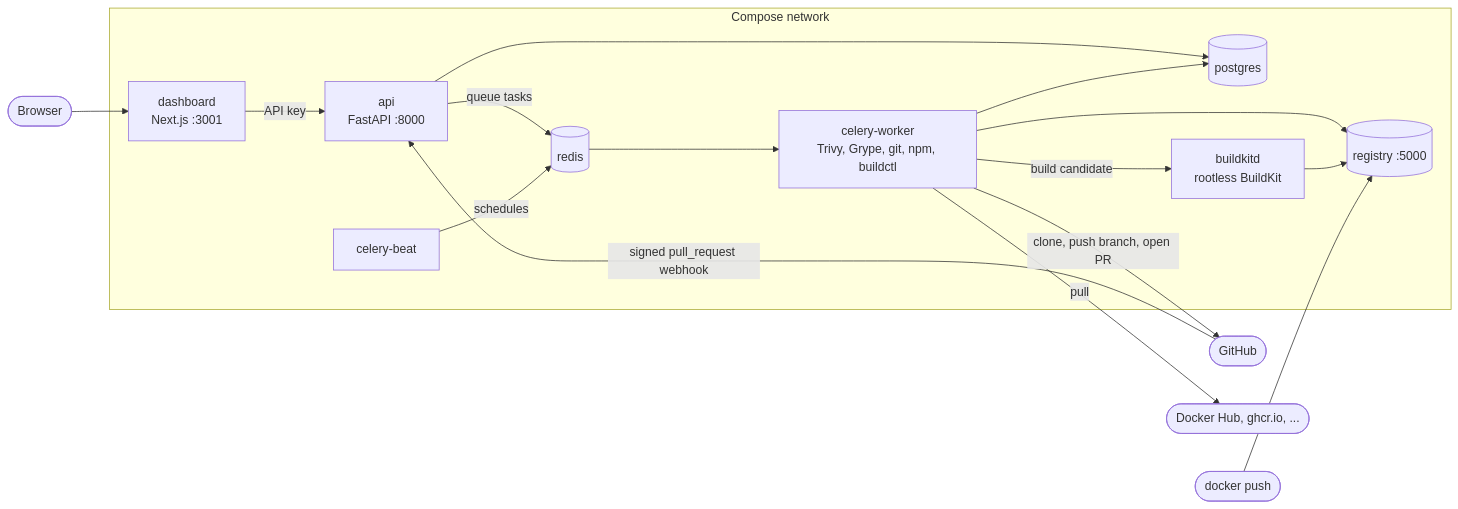
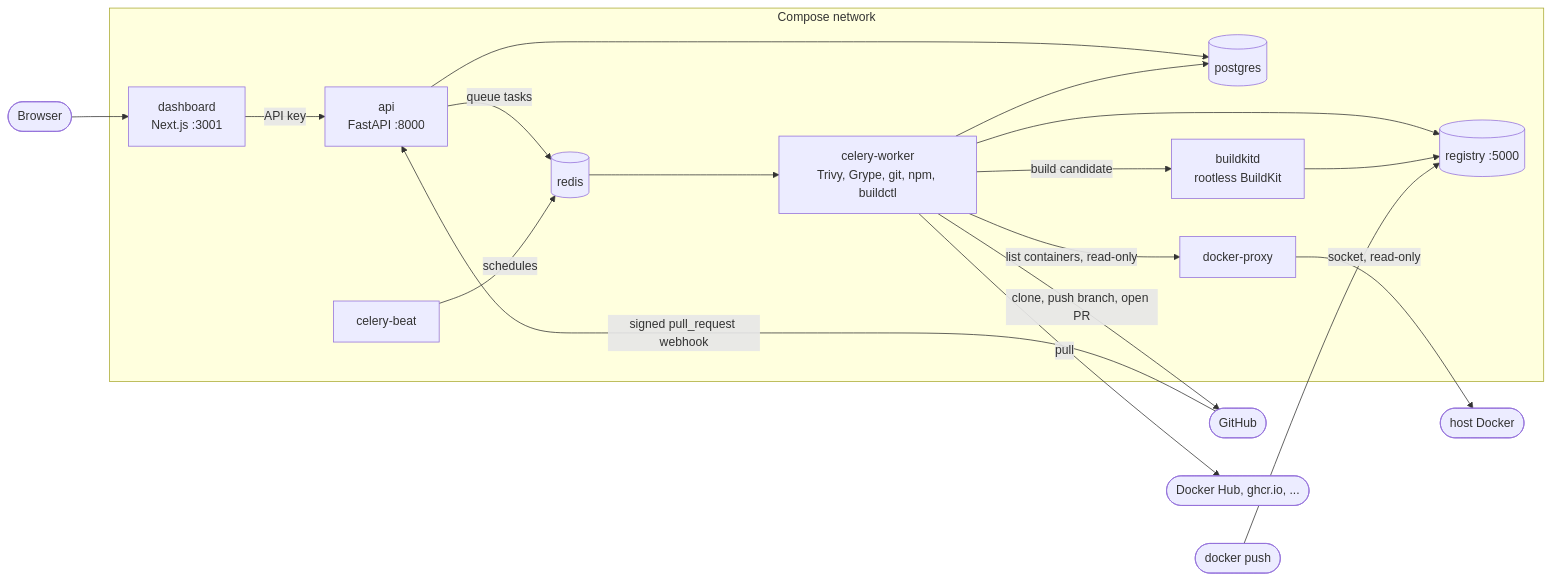
The first of 5 diagrams in docs/ARCHITECTURE.md (pespringer/scrutineering), drawn with Mermaid before and after one commit. The commit also changed other lines of this file and 21 other files, not shown here.

First line of the commit message:
Turn runtime discovery on by default through a read-only Docker proxy (step 2)

````diff
--- a/docs/ARCHITECTURE.md
+++ b/docs/ARCHITECTURE.md
@@ -12,19 +12,21 @@
 ```mermaid
 flowchart LR
     browser([Browser]) --> dashboard
     subgraph compose [Compose network]
         dashboard[dashboard<br/>Next.js :3001] -->|API key| api[api<br/>FastAPI :8000]
         api --> postgres[(postgres)]
         api -->|queue tasks| redis[(redis)]
         beat[celery-beat] -->|schedules| redis
         redis --> worker[celery-worker<br/>Trivy, Grype, git, npm, buildctl]
         worker --> postgres
         worker --> registry[(registry :5000)]
         worker -->|build candidate| buildkitd[buildkitd<br/>rootless BuildKit]
         buildkitd --> registry
+        worker -->|list containers, read-only| proxy[docker-proxy]
     end
+    proxy -->|socket, read-only| docker([host Docker])
     host([docker push]) --> registry
     worker -->|clone, push branch, open PR| github([GitHub])
     worker -->|pull| registries([Docker Hub, ghcr.io, ...])
     github -->|signed pull_request webhook| api
 ```
````
